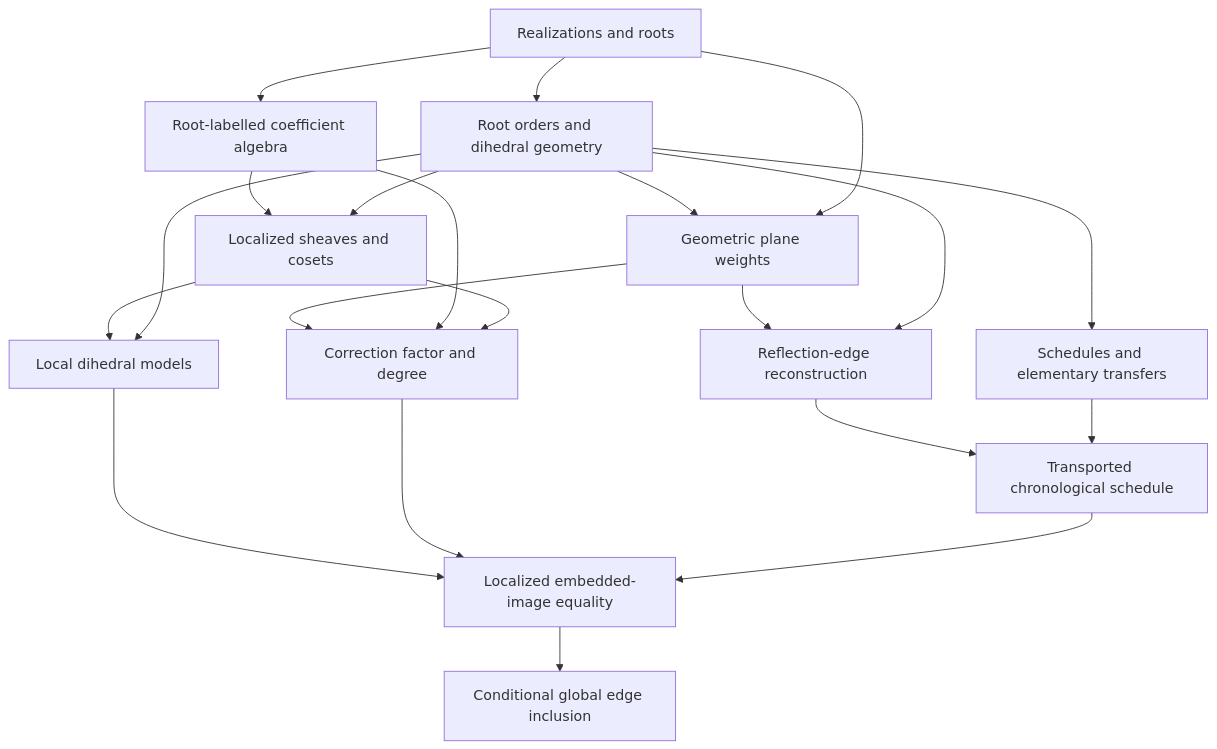
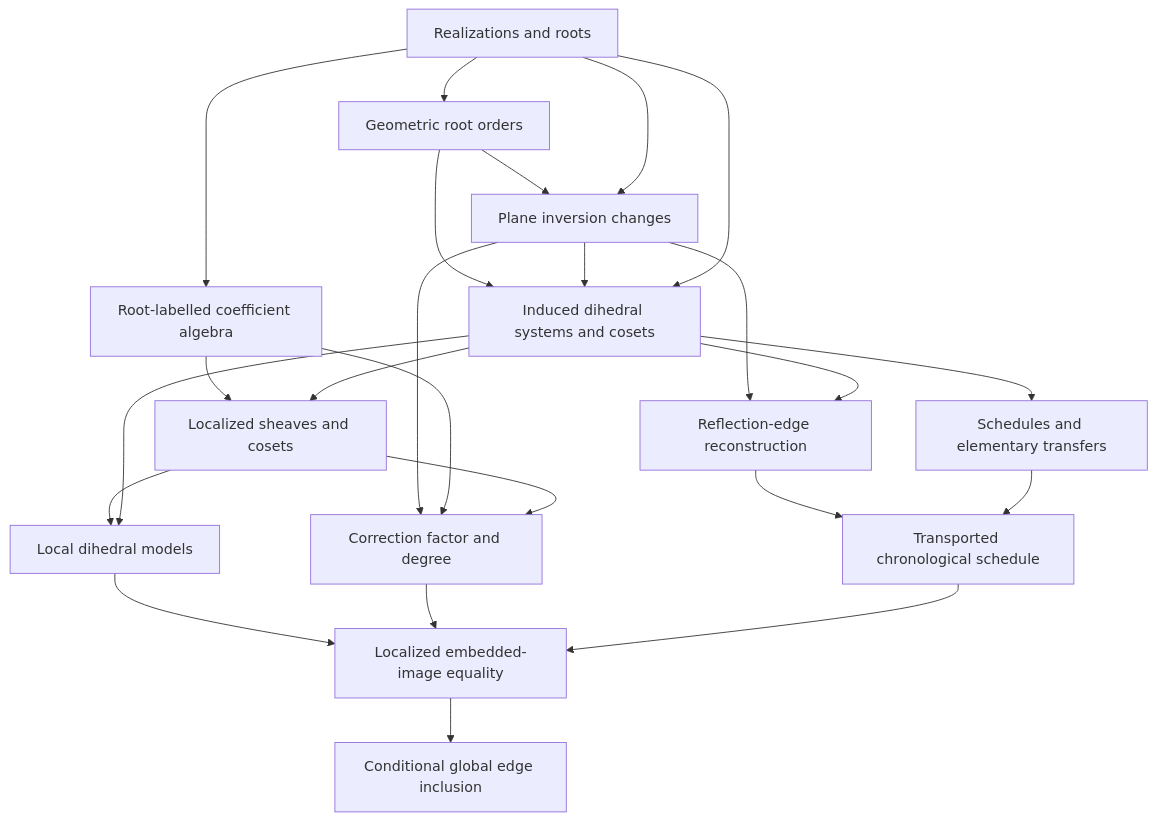
The second of 3 diagrams in docs/planning/knowledge-base-relationships.md (jiajunma/combkl), drawn with Mermaid before and after one commit. The commit also changed other lines of this file and 37 other files, not shown here.

Commit message:
docs: construct root-plane systems and relative coset graphs

````diff
--- a/docs/planning/knowledge-base-relationships.md
+++ b/docs/planning/knowledge-base-relationships.md
@@ -84,35 +84,39 @@
 ```mermaid
 flowchart TD
   r["Realizations and roots"]
   ra["Root-labelled coefficient algebra"]
-  og["Root orders and dihedral geometry"]
-  ow["Geometric plane weights"]
+  oo["Geometric root orders"]
+  ow["Plane inversion changes"]
+  og["Induced dihedral systems and cosets"]
   oe["Reflection-edge reconstruction"]
   os["Schedules and elementary transfers"]
   ot["Transported chronological schedule"]
   l0["Localized sheaves and cosets"]
   lm["Local dihedral models"]
   lf["Correction factor and degree"]
   li["Localized embedded-image equality"]
   lg["Conditional global edge inclusion"]
   r --> ra
+  r --> oo
+  oo --> ow
+  r --> ow
+  oo --> og
+  ow --> og
   r --> og
-  og --> ow
-  r --> ow
   ow --> oe
   og --> oe
   og --> os
   oe --> ot
   os --> ot
   ra --> l0
   og --> l0
   l0 --> lm
   og --> lm
   ow --> lf
   ra --> lf
   l0 --> lf
   lm --> li
   lf --> li
   ot --> li
   li --> lg
 ```
````
